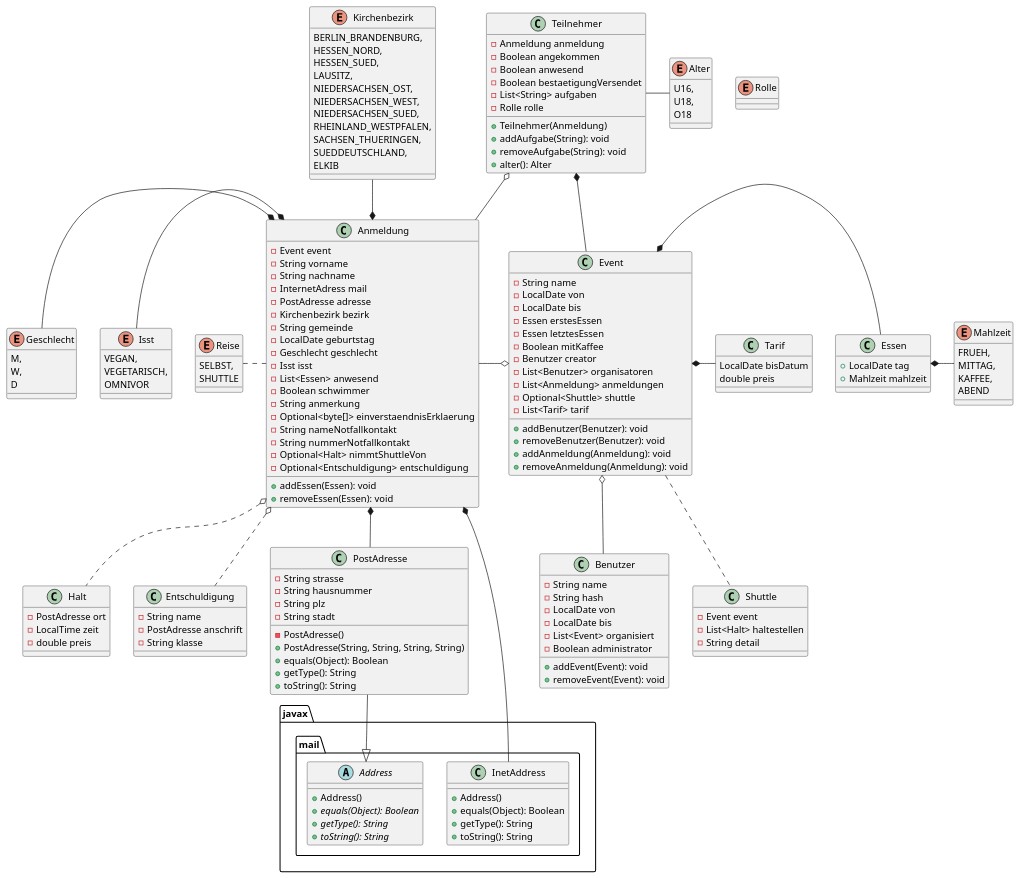
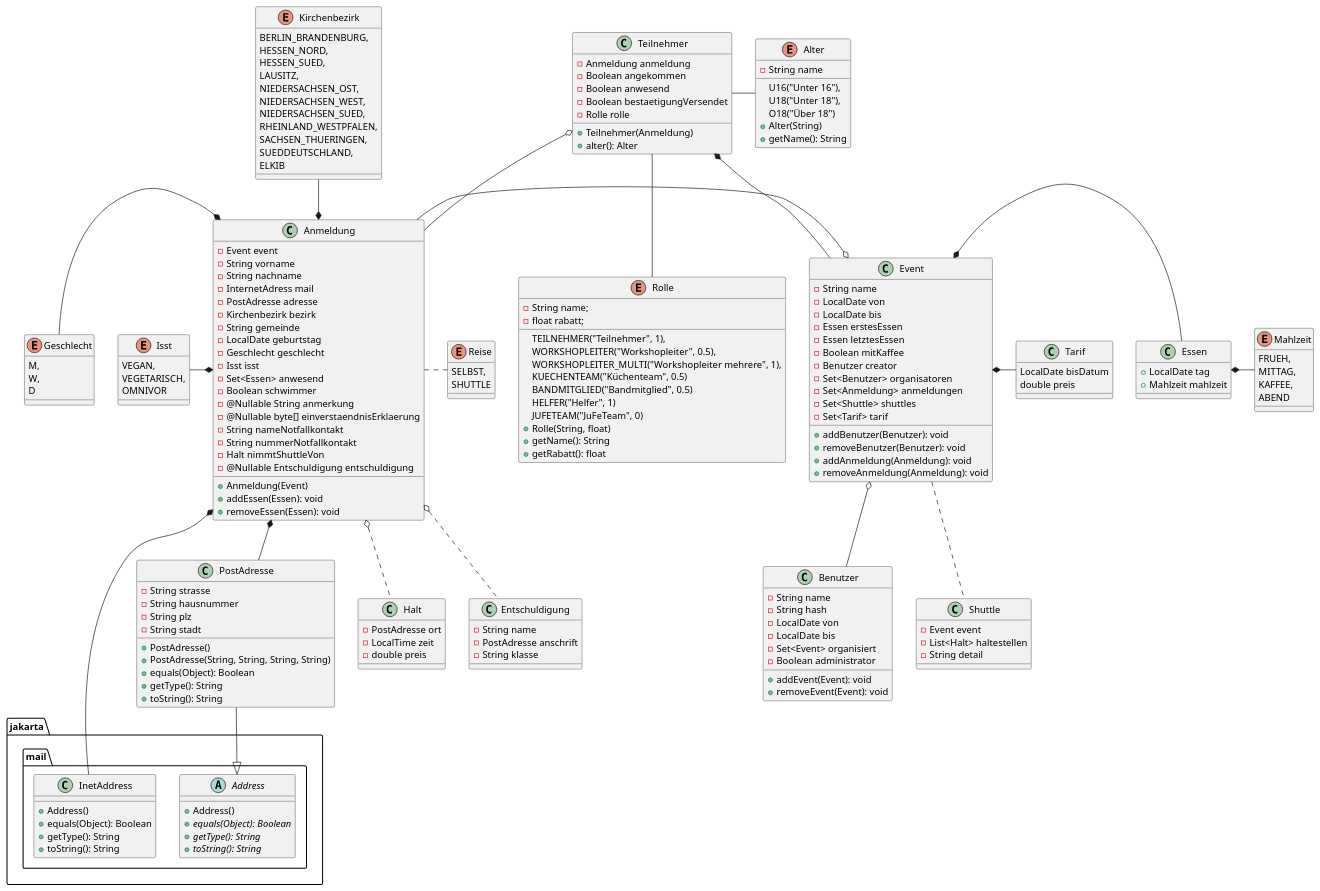
The diagram in doc/klassendiagramm.puml (LukasMarsch/Anmelde-Tool), drawn with PlantUML before and after one commit. The commit also changed 75 other files, not shown here.

```diff
--- a/doc/klassendiagramm.puml
+++ b/doc/klassendiagramm.puml
@@ -2,6 +2,7 @@
 Teilnehmer *- Event
 Teilnehmer o-- Anmeldung
 Teilnehmer - Alter
+Teilnehmer -- Rolle
 Event o-- Benutzer
 Event .. Shuttle
 Event *- Essen
@@ -9,23 +10,27 @@
 Anmeldung -o Event
 Anmeldung o.. Halt
 Anmeldung o.. Entschuldigung
+Anmeldung *-- PostAdresse
+Anmeldung *-- jakarta.mail.InetAddress
+Anmeldung . Reise
+
+
 Kirchenbezirk --* Anmeldung
-Anmeldung *-- PostAdresse
-Anmeldung *-- javax.mail.InetAddress
+PostAdresse --|> jakarta.mail.Address
+
 Essen *- Mahlzeit
-PostAdresse --|> javax.mail.Address
-Reise . Anmeldung
 Geschlecht -* Anmeldung
 Isst -* Anmeldung
 
-abstract class javax.mail.Address {
+
+abstract class jakarta.mail.Address {
     +Address()
     +{abstract} equals(Object): Boolean
     +{abstract} getType(): String
     +{abstract} toString(): String
 }
 
-class javax.mail.InetAddress {
+class jakarta.mail.InetAddress {
     +Address()
     +equals(Object): Boolean
     +getType(): String
@@ -40,10 +45,10 @@
     -Essen letztesEssen
     -Boolean mitKaffee
     -Benutzer creator
-    -List<Benutzer> organisatoren
-    -List<Anmeldung> anmeldungen
-    -Optional<Shuttle> shuttle
-    -List<Tarif> tarif
+    -Set<Benutzer> organisatoren
+    -Set<Anmeldung> anmeldungen
+    -Set<Shuttle> shuttles
+    -Set<Tarif> tarif
     +addBenutzer(Benutzer): void
     +removeBenutzer(Benutzer): void
     +addAnmeldung(Anmeldung): void
@@ -60,7 +65,7 @@
     -String hash
     -LocalDate von
     -LocalDate bis
-    -List<Event> organisiert
+    -Set<Event> organisiert
     -Boolean administrator
     +addEvent(Event): void
     +removeEvent(Event): void
@@ -71,11 +76,11 @@
     -Boolean angekommen
     -Boolean anwesend
     -Boolean bestaetigungVersendet
-    -List<String> aufgaben
+    '-List<String> aufgaben
     -Rolle rolle
     +Teilnehmer(Anmeldung)
-    +addAufgabe(String): void
-    +removeAufgabe(String): void
+    '+addAufgabe(String): void
+    '+removeAufgabe(String): void
     +alter(): Alter
 }
 
@@ -90,14 +95,15 @@
     -LocalDate geburtstag
     -Geschlecht geschlecht
     -Isst isst
-    -List<Essen> anwesend
+    -Set<Essen> anwesend
     -Boolean schwimmer
-    -String anmerkung
-    -Optional<byte[]> einverstaendnisErklaerung
+    -@Nullable String anmerkung
+    -@Nullable byte[] einverstaendnisErklaerung
     -String nameNotfallkontakt
     -String nummerNotfallkontakt
-    -Optional<Halt> nimmtShuttleVon
-    -Optional<Entschuldigung> entschuldigung
+    -Halt nimmtShuttleVon
+    -@Nullable Entschuldigung entschuldigung
+    +Anmeldung(Event)
     +addEssen(Essen): void
     +removeEssen(Essen): void
 }
@@ -125,7 +131,7 @@
     -String hausnummer
     -String plz
     -String stadt
-    -PostAdresse()
+    +PostAdresse()
     +PostAdresse(String, String, String, String)
     +equals(Object): Boolean
     +getType(): String
@@ -175,12 +181,27 @@
     ELKIB
 }
 enum Alter {
-    U16,
-    U18,
-    O18
+    U16("Unter 16"),
+    U18("Unter 18"),
+    O18("Über 18")
+    -String name
+    +Alter(String)
+    +getName(): String
 }
 
 enum Rolle {
+    TEILNEHMER("Teilnehmer", 1),
+    WORKSHOPLEITER("Workshopleiter", 0.5),
+    WORKSHOPLEITER_MULTI("Workshopleiter mehrere", 1),
+    KUECHENTEAM("Küchenteam", 0.5)
+    BANDMITGLIED("Bandmitglied", 0.5)
+    HELFER("Helfer", 1)
+    JUFETEAM("JuFeTeam", 0)
 
+    -String name;
+    -float rabatt;
+    +Rolle(String, float)
+    +getName(): String
+    +getRabatt(): float
 }
 @enduml
```
